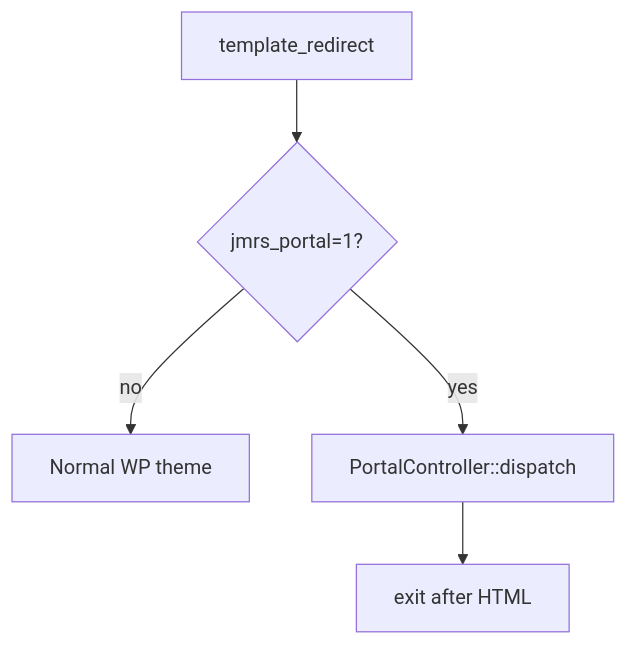
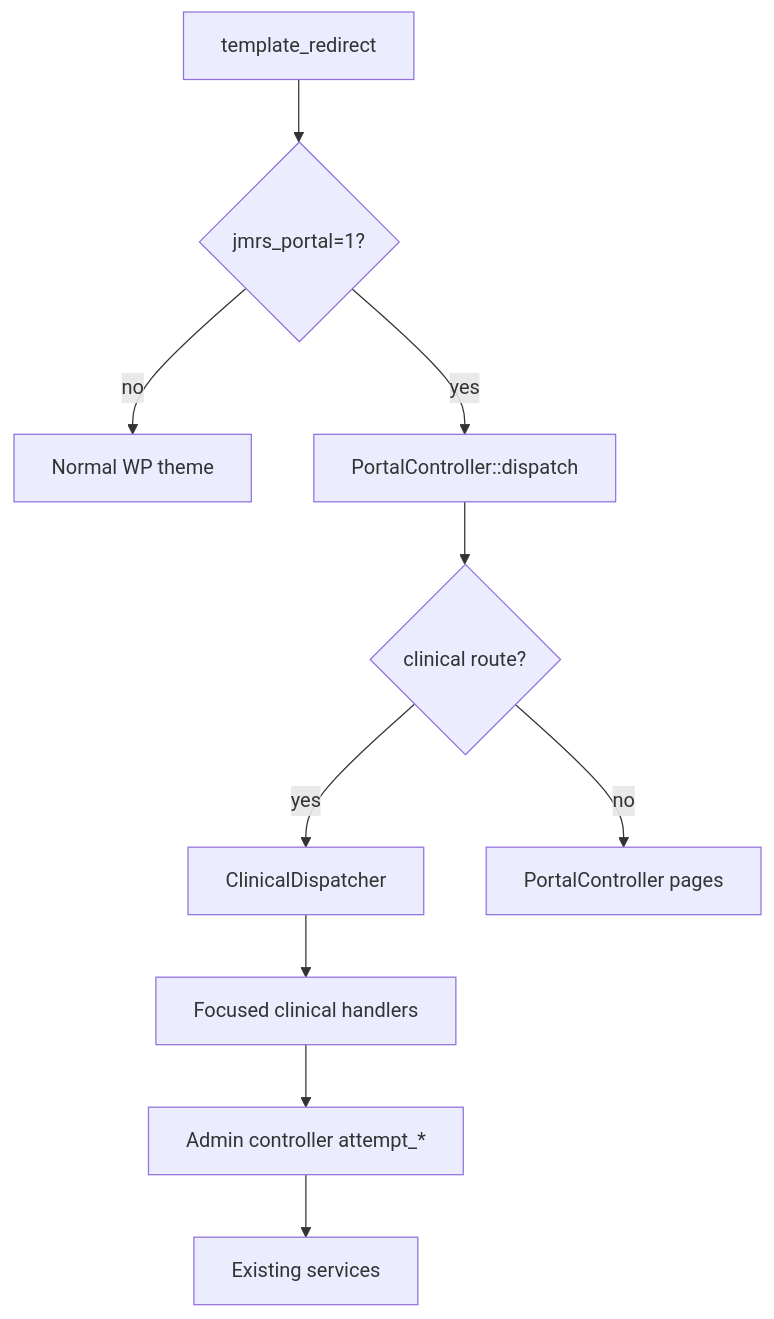
One commit to Newton-Caffrey/jm-referral-system changed the diagram in docs/developer/PORTAL_ARCHITECTURE.md. Above: the diagram before and after it, drawn with Mermaid. The commit also changed other lines of this file and 44 other files, not shown here.

Commit message:
feat: add portal clinical operations

````diff
--- a/docs/developer/PORTAL_ARCHITECTURE.md
+++ b/docs/developer/PORTAL_ARCHITECTURE.md
@@ -37,7 +52,12 @@
 ```mermaid
 flowchart TD
   Req[template_redirect] --> QV{jmrs_portal=1?}
   QV -->|no| Theme[Normal WP theme]
   QV -->|yes| Disp[PortalController::dispatch]
-  Disp --> Exit[exit after HTML]
+  Disp --> Clinical{clinical route?}
+  Clinical -->|yes| CD[ClinicalDispatcher]
+  Clinical -->|no| PC[PortalController pages]
+  CD --> Handlers[Focused clinical handlers]
+  Handlers --> Attempt[Admin controller attempt_*]
+  Attempt --> Services[Existing services]
 ```
````
